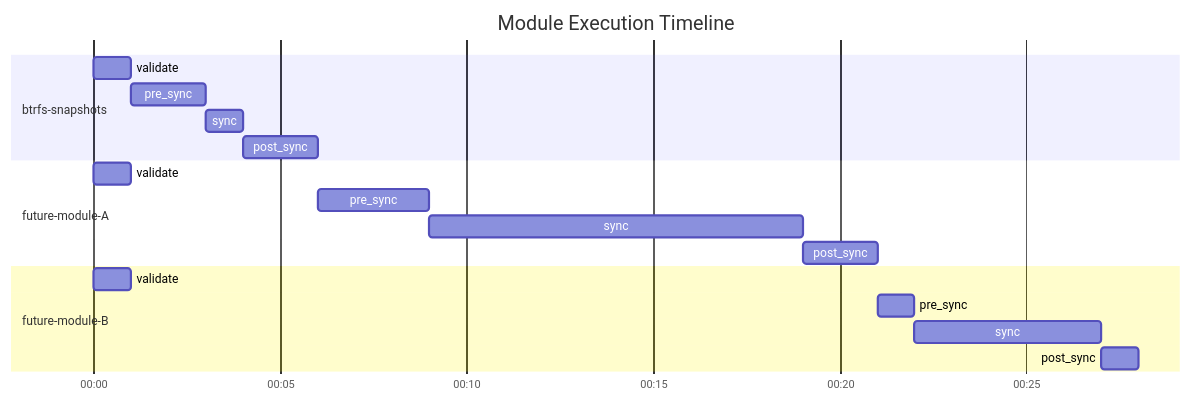
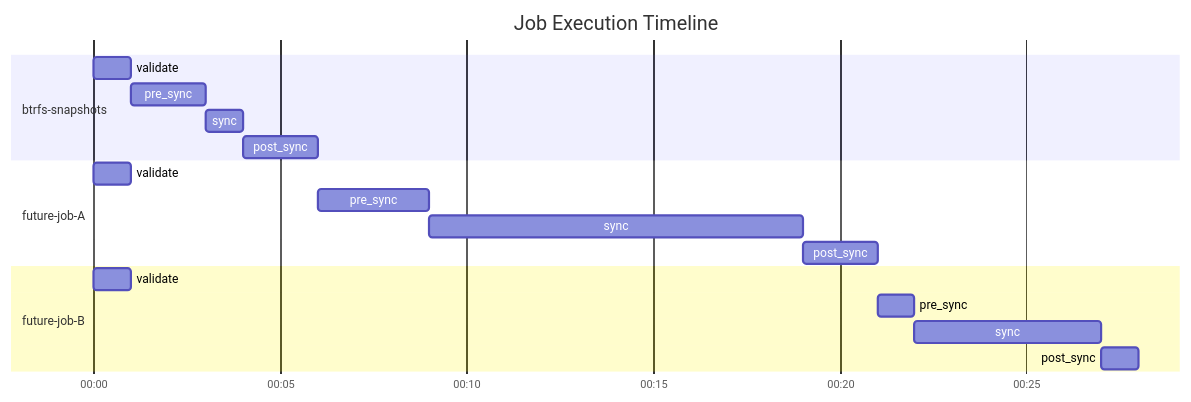
One commit to flaksit/pc-switcher changed diagram 13 of 13 in ARCHITECTURE.md. Above: the diagram before and after it, drawn with Mermaid. The commit also changed other lines of this file and 39 other files, not shown here.

Commit message:
rename Module to Job

````diff
--- a/ARCHITECTURE.md
+++ b/ARCHITECTURE.md
@@ -388,24 +388,24 @@
 ```mermaid
 gantt
-    title Module Execution Timeline
+    title Job Execution Timeline
     dateFormat HH:mm
     axisFormat %H:%M
 
     section btrfs-snapshots
     validate       :v1, 00:00, 1m
     pre_sync       :p1, after v1, 2m
     sync           :s1, after p1, 1m
     post_sync      :o1, after s1, 2m
 
-    section future-module-A
+    section future-job-A
     validate       :v2, 00:00, 1m
     pre_sync       :p2, after o1, 3m
     sync           :s2, after p2, 10m
     post_sync      :o2, after s2, 2m
 
-    section future-module-B
+    section future-job-B
     validate       :v3, 00:00, 1m
     pre_sync       :p3, after o2, 1m
     sync           :s3, after p3, 5m
     post_sync      :o3, after s3, 1m
 ```
````
